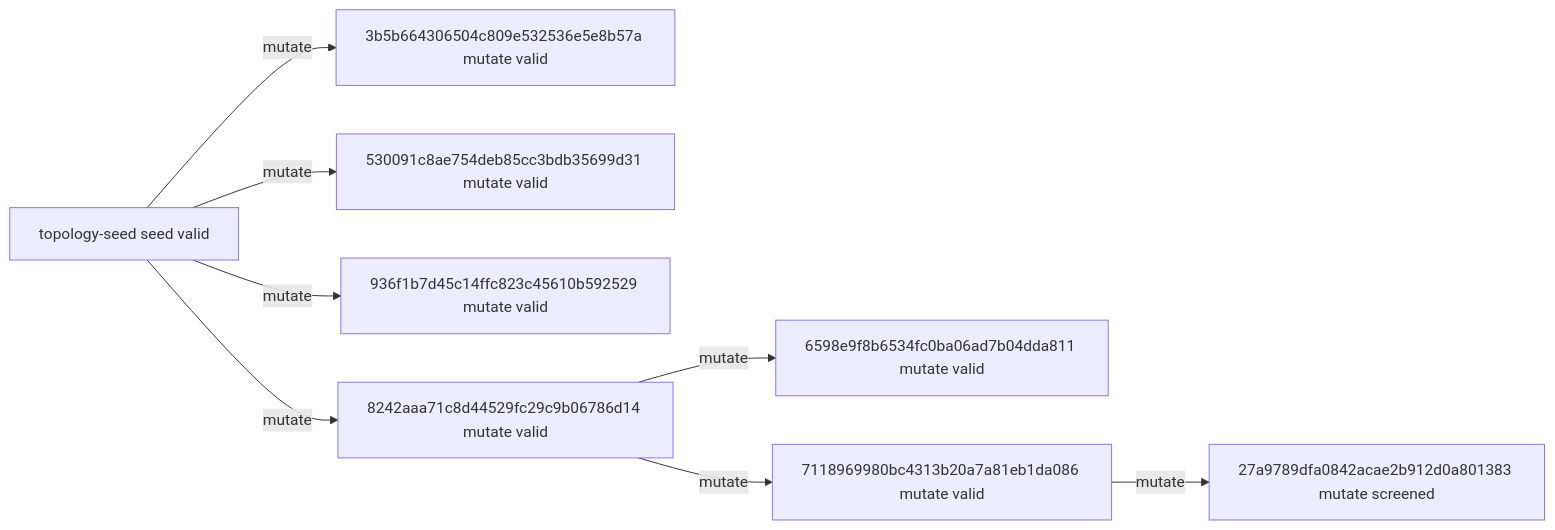
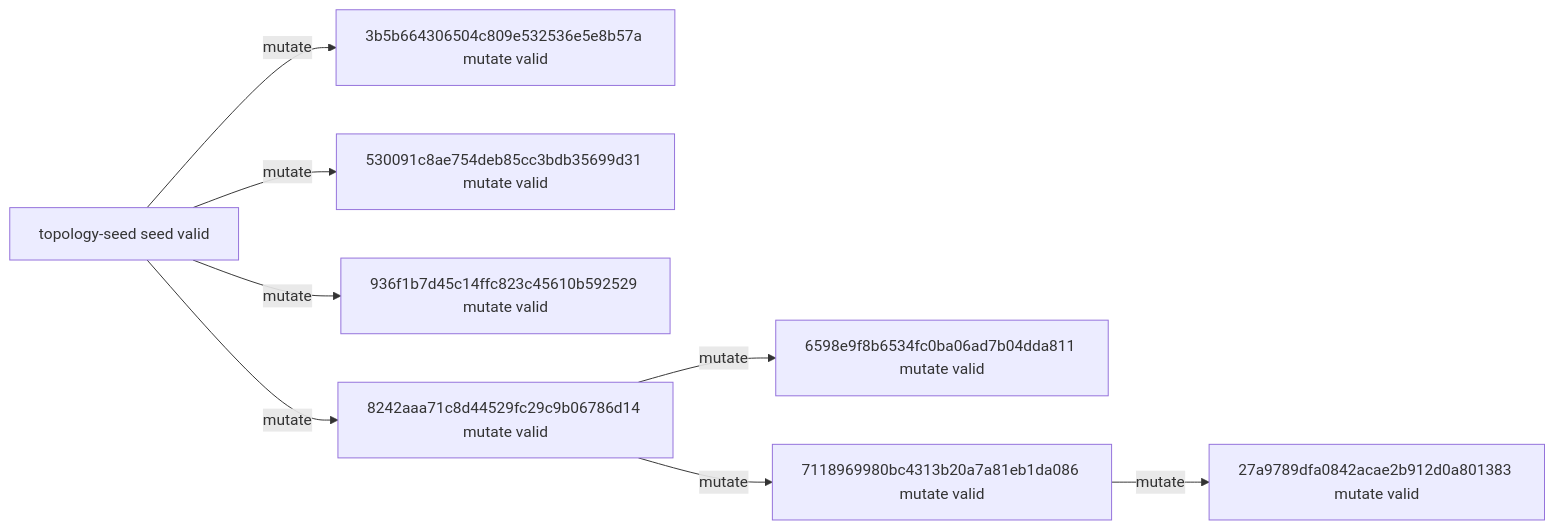
One commit to timbtz/feyer-search-lab changed the diagram in experiments/campaigns/layout-numerical-lane1/README.md. Above: the diagram before and after it, drawn with Mermaid. The commit also changed other lines of this file and 7 other files, not shown here.

Commit message:
Record DAG campaign 27a9789dfa0842acae2b912d0a801383-full

````diff
--- a/experiments/campaigns/layout-numerical-lane1/README.md
+++ b/experiments/campaigns/layout-numerical-lane1/README.md
@@ -21,18 +21,18 @@
 ```mermaid
 graph LR
   n0["topology-seed seed valid"]
   n1["3b5b664306504c809e532536e5e8b57a mutate valid"]
   n2["530091c8ae754deb85cc3bdb35699d31 mutate valid"]
   n3["936f1b7d45c14ffc823c45610b592529 mutate valid"]
   n4["8242aaa71c8d44529fc29c9b06786d14 mutate valid"]
   n5["6598e9f8b6534fc0ba06ad7b04dda811 mutate valid"]
   n6["7118969980bc4313b20a7a81eb1da086 mutate valid"]
-  n7["27a9789dfa0842acae2b912d0a801383 mutate screened"]
+  n7["27a9789dfa0842acae2b912d0a801383 mutate valid"]
   n0 -->|mutate| n1
   n0 -->|mutate| n2
   n0 -->|mutate| n3
   n0 -->|mutate| n4
   n4 -->|mutate| n5
   n4 -->|mutate| n6
   n6 -->|mutate| n7
 ```
````
